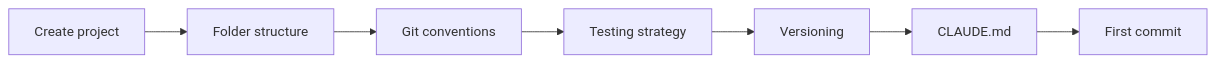
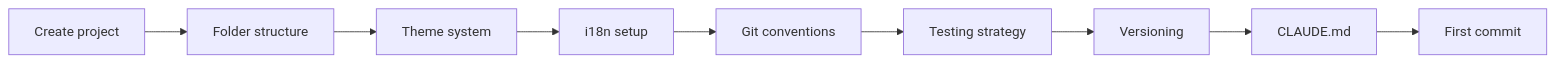
Before and after one commit to Lsh0x/blueprint: the first of 2 diagrams in project-setup/flutter-project-kickoff.md, drawn with Mermaid. The commit also changed other lines of this file, not shown here.

First line of the commit message:
Add mandatory multi-theme system and i18n setup to Flutter Project Kickoff

````diff
--- a/project-setup/flutter-project-kickoff.md
+++ b/project-setup/flutter-project-kickoff.md
@@ -31,9 +31,11 @@
 ```mermaid
 flowchart LR
     A[Create project] --> B[Folder structure]
-    B --> C[Git conventions]
-    C --> D[Testing strategy]
-    D --> E[Versioning]
-    E --> F[CLAUDE.md]
-    F --> G[First commit]
+    B --> C[Theme system]
+    C --> D[i18n setup]
+    D --> E[Git conventions]
+    E --> F[Testing strategy]
+    F --> G[Versioning]
+    G --> H[CLAUDE.md]
+    H --> I[First commit]
 ```
````
